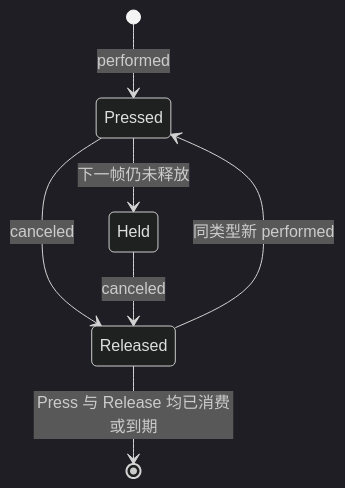
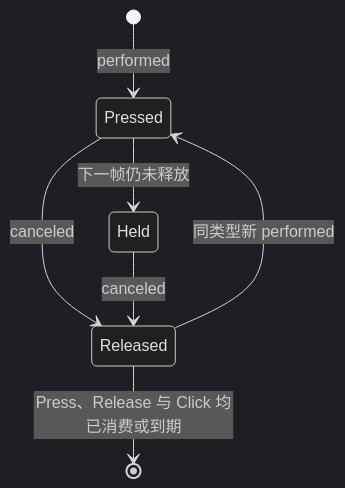
One commit to Whitesheeeep/3DRPG changed the third of 4 diagrams in Assets/Scripts/Input/PlayerInputPreprocessing.md. Above: the diagram before and after it, drawn with Mermaid (dark theme). The commit also changed other lines of this file and 292 other files, not shown here.

````diff
--- a/Assets/Scripts/Input/PlayerInputPreprocessing.md
+++ b/Assets/Scripts/Input/PlayerInputPreprocessing.md
@@ -221,9 +242,9 @@
 ```mermaid
 stateDiagram-v2
     [*] --> Pressed: performed
     Pressed --> Held: 下一帧仍未释放
     Pressed --> Released: canceled
     Held --> Released: canceled
-    Released --> [*]: Press 与 Release 均已消费或到期
+    Released --> [*]: Press、Release 与 Click 均已消费或到期
     Released --> Pressed: 同类型新 performed
 ```
````
